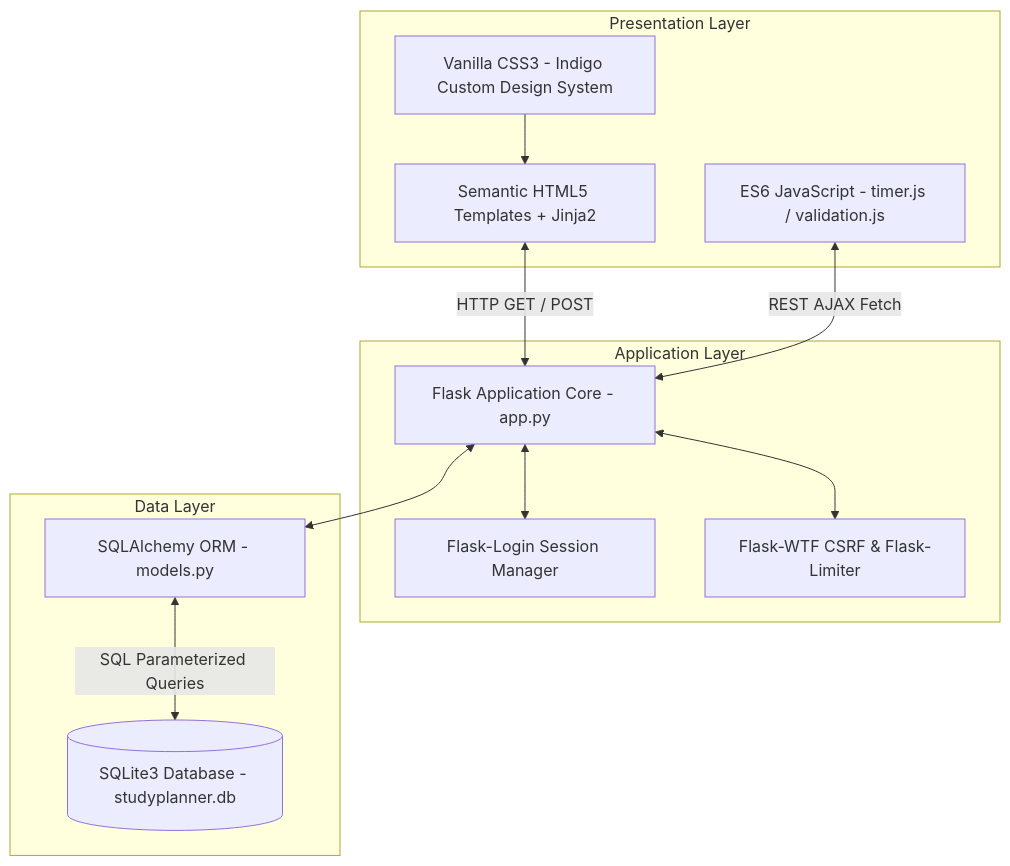
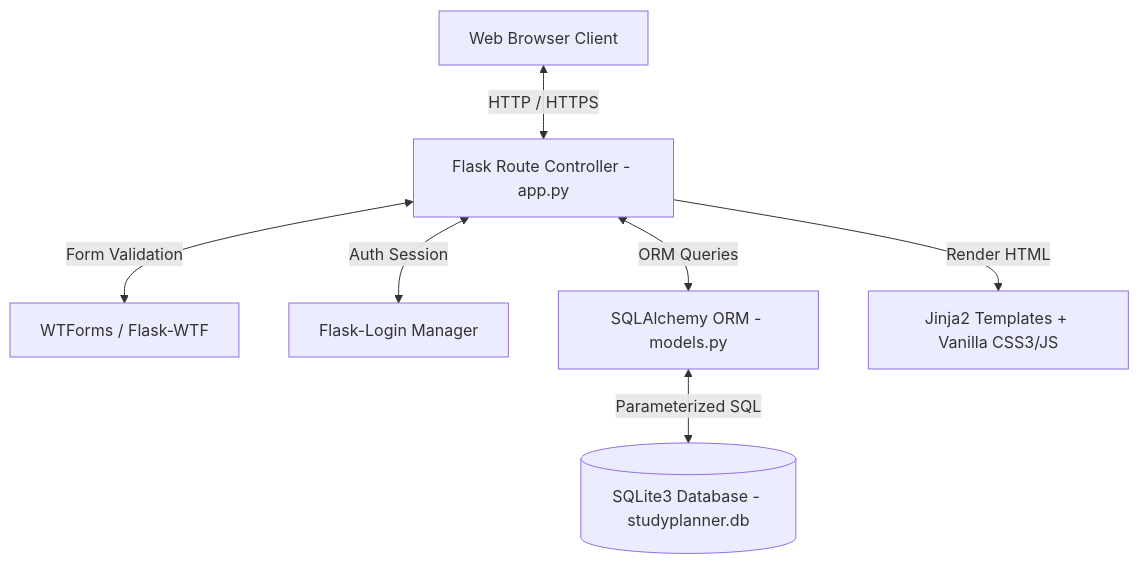
Before and after one commit to 0331devai-hash/Study-Planner: the first of 3 diagrams in Project_Documentation.md, drawn with Mermaid. The commit also changed other lines of this file and 1 other file, not shown here.

````diff
--- a/Project_Documentation.md
+++ b/Project_Documentation.md
@@ -117,27 +152,9 @@
 ```mermaid
 graph TD
-    subgraph Presentation Layer
-        UI[Semantic HTML5 Templates + Jinja2]
-        CSS[Vanilla CSS3 - Indigo Custom Design System]
-        JS[ES6 JavaScript - timer.js / validation.js]
-    end
-
-    subgraph Application Layer
-        Flask[Flask Application Core - app.py]
-        Auth[Flask-Login Session Manager]
-        Security[Flask-WTF CSRF & Flask-Limiter]
-    end
-
-    subgraph Data Layer
-        ORM[SQLAlchemy ORM - models.py]
-        DB[(SQLite3 Database - studyplanner.db)]
-    end
-
-    UI <--> |HTTP GET / POST| Flask
-    CSS --> UI
-    JS <--> |REST AJAX Fetch| Flask
-    Flask <--> Auth
-    Flask <--> Security
-    Flask <--> ORM
-    ORM <--> |SQL Parameterized Queries| DB
+    Client[Web Browser Client] <--> |HTTP / HTTPS| Router[Flask Route Controller - app.py]
+    Router <--> |Form Validation| WTF[WTForms / Flask-WTF]
+    Router <--> |Auth Session| Login[Flask-Login Manager]
+    Router <--> |ORM Queries| Model[SQLAlchemy ORM - models.py]
+    Model <--> |Parameterized SQL| DB[(SQLite3 Database - studyplanner.db)]
+    Router --> |Render HTML| View[Jinja2 Templates + Vanilla CSS3/JS]
 ```
````
